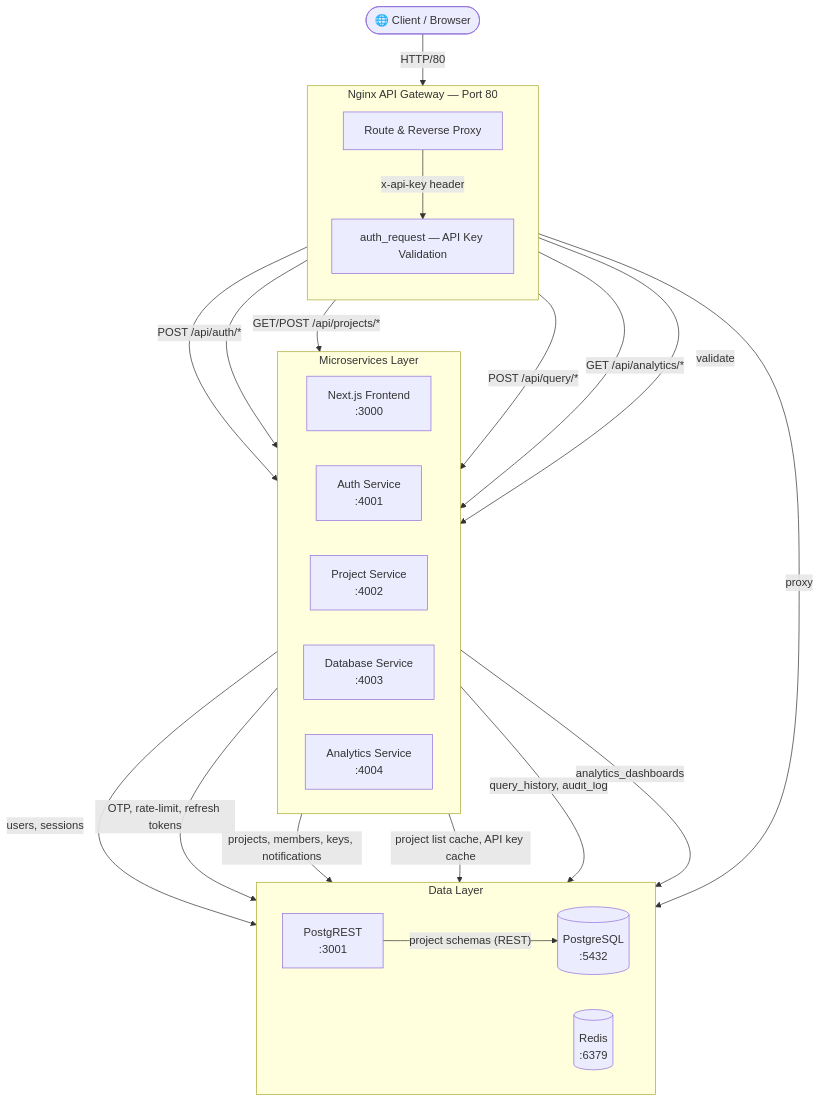
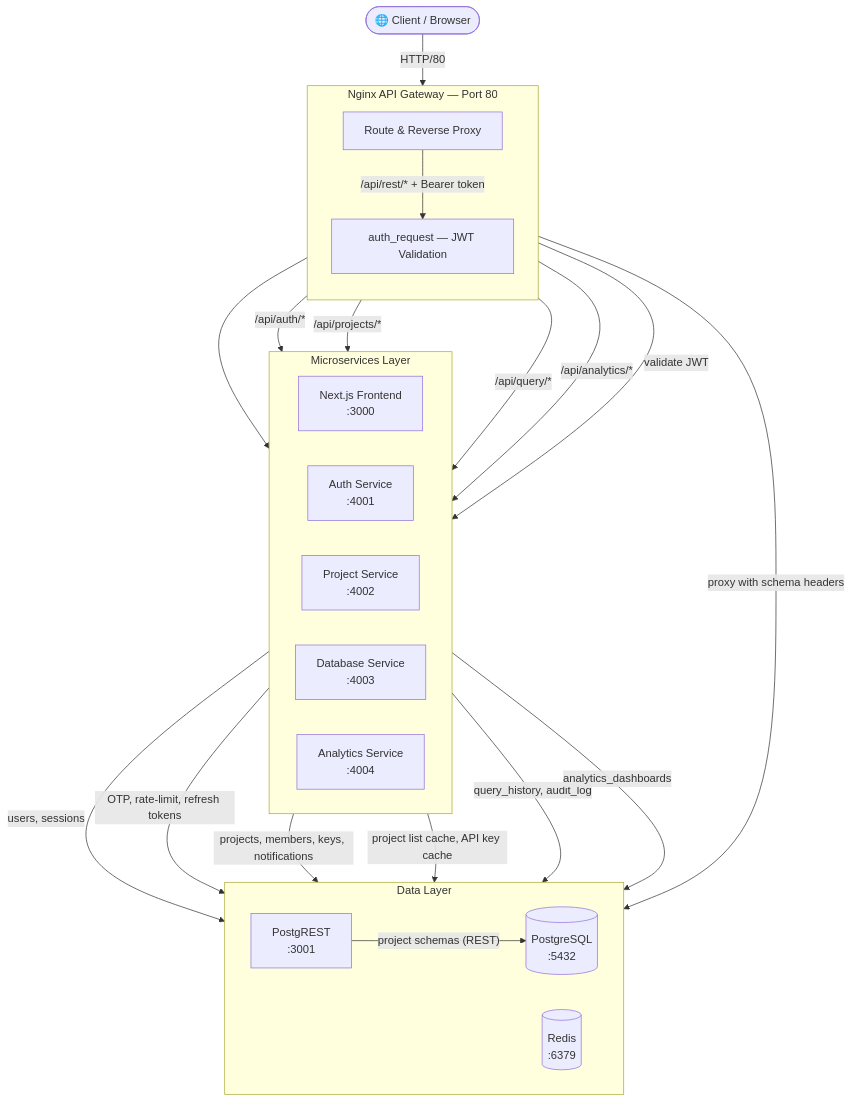
Before and after one commit to ayushsoni155/major1: the first of 2 diagrams in README.md, drawn with Mermaid. The commit also changed other lines of this file and 1 other file, not shown here.

Commit message:
docs: overhaul README with comprehensive feature tables, quick start guide, and API documentation

````diff
--- a/README.md
+++ b/README.md
@@ -30,44 +438,44 @@
 ```mermaid
 flowchart TD
     Browser(["🌐 Client / Browser"])
 
     subgraph Gateway ["Nginx API Gateway — Port 80"]
         direction TB
         NginxRoute["Route & Reverse Proxy"]
-        AuthRequest["auth_request — API Key Validation"]
+        AuthRequest["auth_request — JWT Validation"]
     end
 
     subgraph Services ["Microservices Layer"]
         direction LR
         Frontend["Next.js Frontend\n:3000"]
         Auth["Auth Service\n:4001"]
         Project["Project Service\n:4002"]
         DB["Database Service\n:4003"]
         Analytics["Analytics Service\n:4004"]
     end
 
     subgraph Data ["Data Layer"]
         direction LR
         Postgres[("PostgreSQL\n:5432")]
         Redis[("Redis\n:6379")]
         PostgREST["PostgREST\n:3001"]
     end
 
     Browser -->|"HTTP/80"| NginxRoute
     NginxRoute --> Frontend
-    NginxRoute -->|"POST /api/auth/*"| Auth
-    NginxRoute -->|"GET/POST /api/projects/*"| Project
-    NginxRoute -->|"POST /api/query/*"| DB
-    NginxRoute -->|"GET /api/analytics/*"| Analytics
-    NginxRoute -->|"x-api-key header"| AuthRequest
-    AuthRequest -->|"validate"| Project
-    AuthRequest -->|"proxy"| PostgREST
+    NginxRoute -->|"/api/auth/*"| Auth
+    NginxRoute -->|"/api/projects/*"| Project
+    NginxRoute -->|"/api/query/*"| DB
+    NginxRoute -->|"/api/analytics/*"| Analytics
+    NginxRoute -->|"/api/rest/* + Bearer token"| AuthRequest
+    AuthRequest -->|"validate JWT"| Project
+    AuthRequest -->|"proxy with schema headers"| PostgREST
 
     Auth -->|"users, sessions"| Postgres
     Auth -->|"OTP, rate-limit, refresh tokens"| Redis
     Project -->|"projects, members, keys, notifications"| Postgres
     Project -->|"project list cache, API key cache"| Redis
     DB -->|"query_history, audit_log"| Postgres
     Analytics -->|"analytics_dashboards"| Postgres
     PostgREST -->|"project schemas (REST)"| Postgres
 ```
````
